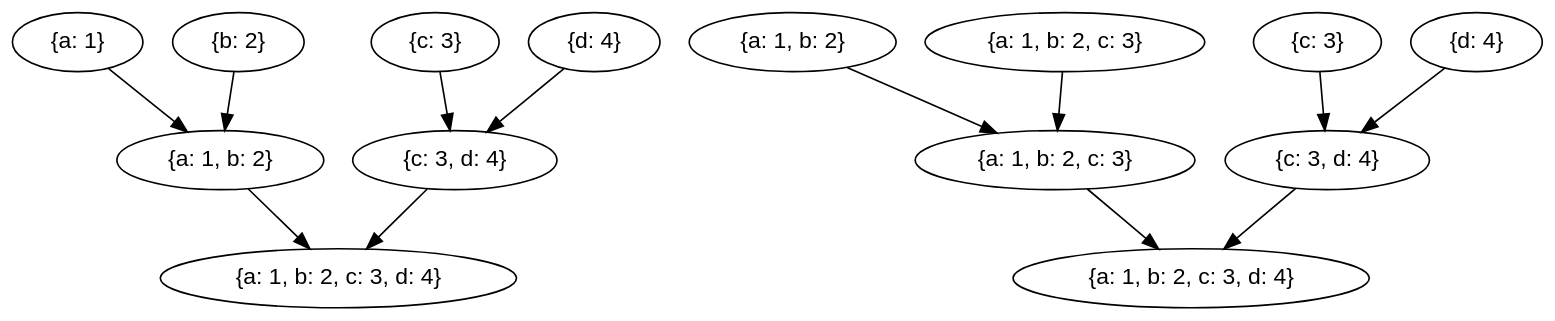
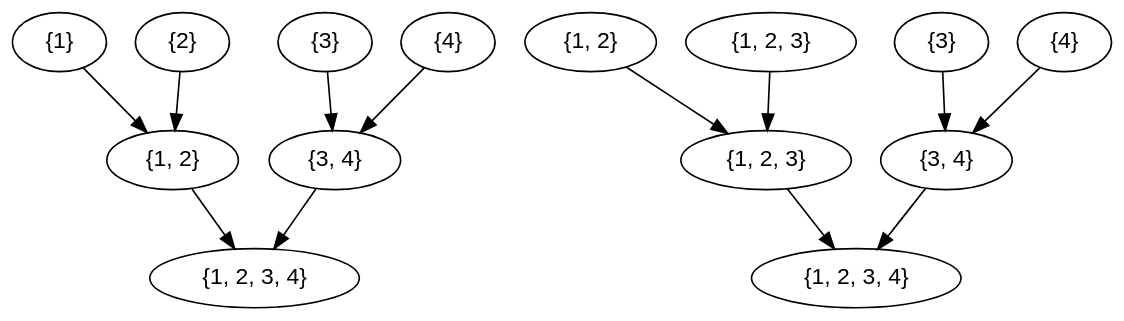
One commit to lvh/DistributedSystems101 changed the diagram in media/ComplexCvRDTMerge.dot. Above: the diagram before and after it, drawn with Graphviz. The commit also changed 1 other file, not shown here.

```diff
--- a/media/ComplexCvRDTMerge.dot
+++ b/media/ComplexCvRDTMerge.dot
@@ -1,44 +1,44 @@
 digraph ComplexCvRDTMerge {
         bgcolor="transparent";
         node [fontname="Helvetica"];
 
         subgraph NodeA {                
-                NodeAState1 [label="{a: 1}"];                
-                NodeAState2 [label="{b: 2}"];
-                NodeAState3 [label="{c: 3}"];
-                NodeAState4 [label="{d: 4}"];
+                NodeAState1 [label="{1}"];                
+                NodeAState2 [label="{2}"];
+                NodeAState3 [label="{3}"];
+                NodeAState4 [label="{4}"];
 
-                NodeAIntermediate1 [label="{a: 1, b: 2}"];
-                NodeAIntermediate2 [label="{c: 3, d: 4}"];
+                NodeAIntermediate1 [label="{1, 2}"];
+                NodeAIntermediate2 [label="{3, 4}"];
 
-                NodeAFinal [label="{a: 1, b: 2, c: 3, d: 4}"];
+                NodeAFinal [label="{1, 2, 3, 4}"];
 
                 NodeAState1 -> NodeAIntermediate1;
                 NodeAState2 -> NodeAIntermediate1;
 
                 NodeAState3 -> NodeAIntermediate2;
                 NodeAState4 -> NodeAIntermediate2;
 
                 NodeAIntermediate1 -> NodeAFinal;                
                 NodeAIntermediate2 -> NodeAFinal;                
         }
 
         subgraph NodeB {
-                NodeBState1 [label="{a: 1, b: 2}"];                
-                NodeBState2 [label="{a: 1, b: 2, c: 3}"];
-                NodeBState3 [label="{c: 3}"];
-                NodeBState4 [label="{d: 4}"];
+                NodeBState1 [label="{1, 2}"];                
+                NodeBState2 [label="{1, 2, 3}"];
+                NodeBState3 [label="{3}"];
+                NodeBState4 [label="{4}"];
                             
                 NodeBState1 -> NodeBIntermediate1;
                 NodeBState2 -> NodeBIntermediate1;
-                NodeBIntermediate1 [label="{a: 1, b: 2, c: 3}"];
+                NodeBIntermediate1 [label="{1, 2, 3}"];
                 
                 NodeBState3 -> NodeBIntermediate2;
                 NodeBState4 -> NodeBIntermediate2;
-                NodeBIntermediate2 [label="{c: 3, d: 4}"];               
+                NodeBIntermediate2 [label="{3, 4}"];               
 
                 NodeBIntermediate1 -> NodeBFinal;                
                 NodeBIntermediate2 -> NodeBFinal;                
-                NodeBFinal [label="{a: 1, b: 2, c: 3, d: 4}"];
+                NodeBFinal [label="{1, 2, 3, 4}"];
         }
 }
```
